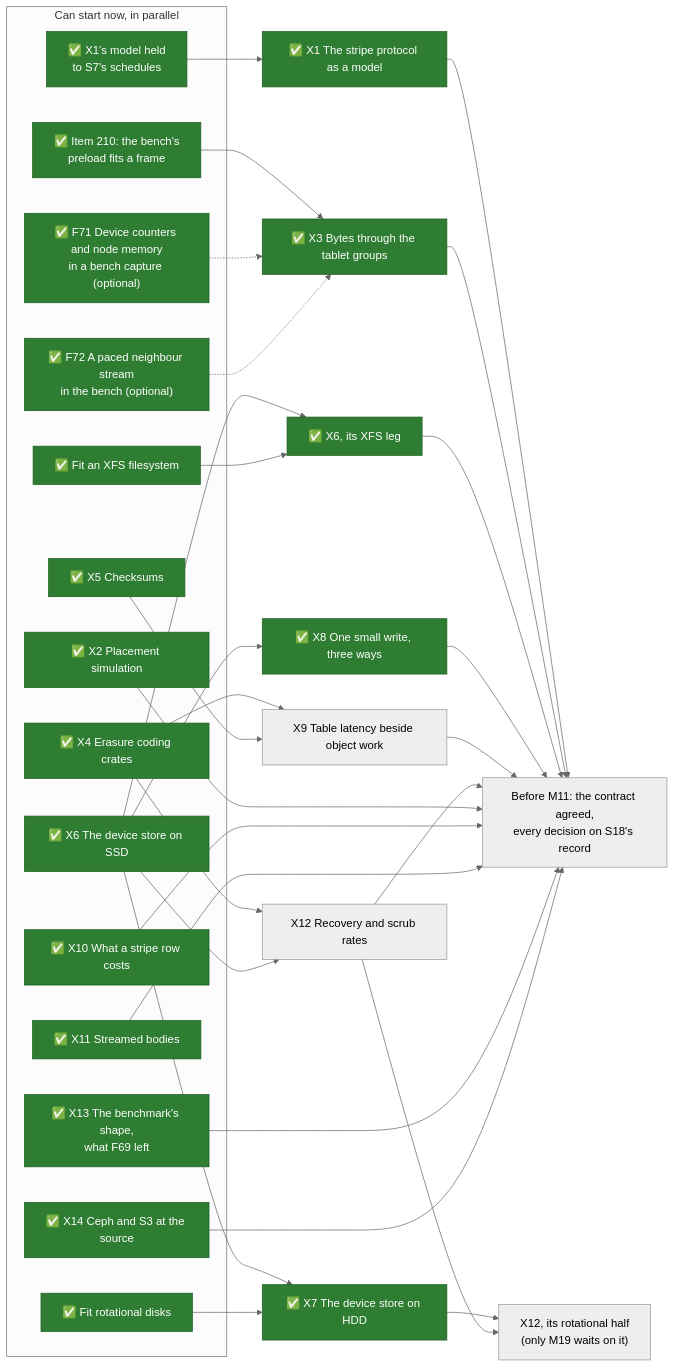
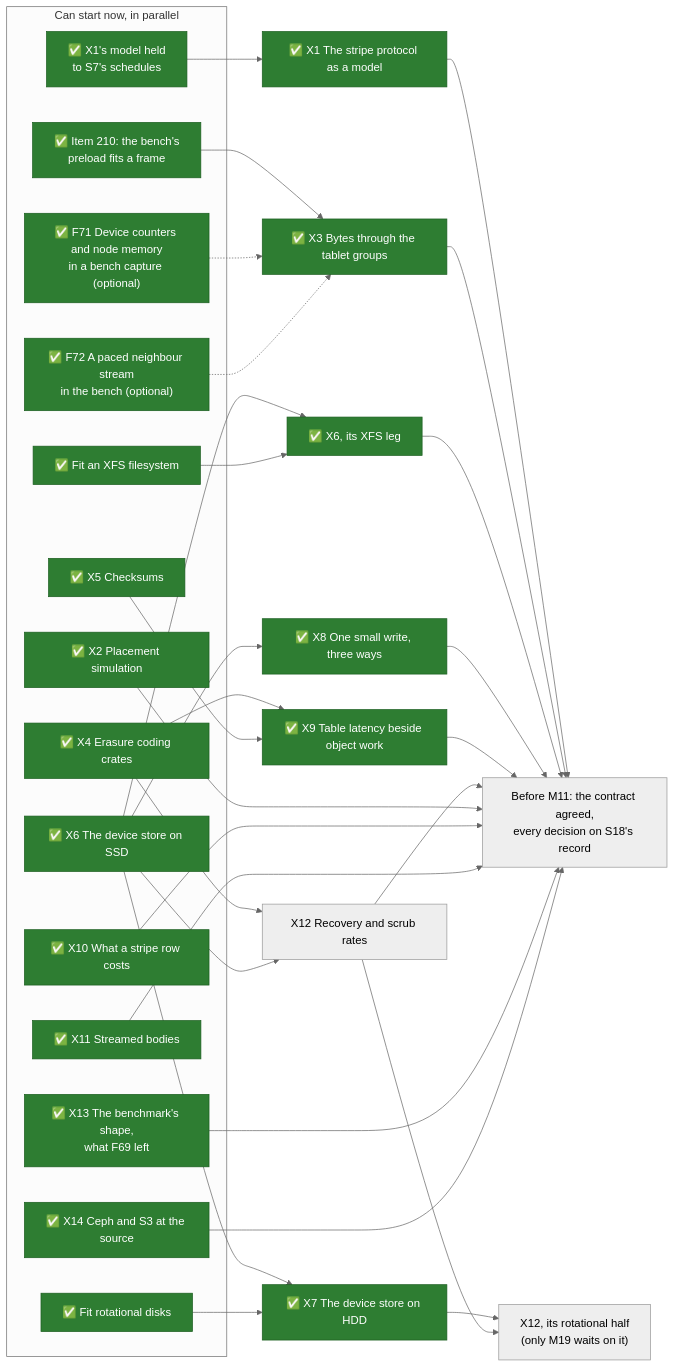
Before and after one commit to mjcarson/shoal: the first of 2 diagrams in docs/src/object-storage/whats-left-todo.md, drawn with Mermaid (neutral theme). The commit also changed other lines of this file and 674 other files, not shown here.

````diff
--- a/docs/src/object-storage/whats-left-todo.md
+++ b/docs/src/object-storage/whats-left-todo.md
@@ -34,56 +36,56 @@
 ```mermaid
 flowchart LR
     classDef done fill:#2e7d32,stroke:#1b5e20,color:#ffffff
     classDef optional stroke-dasharray: 5 5
     subgraph now["Can start now, in parallel"]
         R1["✅ X1's model held<br>to S7's schedules"]:::done
         R2["✅ Item 210: the bench's<br>preload fits a frame"]:::done
         XFS["✅ Fit an XFS filesystem"]:::done
         Disks["✅ Fit rotational disks"]:::done
         X2["✅ X2 Placement simulation"]:::done
         X4["✅ X4 Erasure coding crates"]:::done
         X5["✅ X5 Checksums"]:::done
         X6["✅ X6 The device store on SSD"]:::done
         X10["✅ X10 What a stripe row costs"]:::done
         X11["✅ X11 Streamed bodies"]:::done
         X13["✅ X13 The benchmark's shape,<br>what F69 left"]:::done
         X14["✅ X14 Ceph and S3 at the source"]:::done
         Counters["✅ F71 Device counters and node memory<br>in a bench capture (optional)"]:::done
         Neighbour["✅ F72 A paced neighbour stream<br>in the bench (optional)"]:::done
     end
     X1["✅ X1 The stripe protocol as a model"]:::done
     X3["✅ X3 Bytes through the tablet groups"]:::done
     X6x["✅ X6, its XFS leg"]:::done
     X7["✅ X7 The device store on HDD"]:::done
     X8["✅ X8 One small write, three ways"]:::done
-    X9["X9 Table latency beside object work"]
+    X9["✅ X9 Table latency beside object work"]:::done
     X12["X12 Recovery and scrub rates"]
     X12r["X12, its rotational half<br>(only M19 waits on it)"]
     Gate["Before M11: the contract agreed,<br>every decision on S18's record"]
     R1 --> X1
     R2 --> X3
     X6 --> X6x
     XFS --> X6x
     X6 --> X7
     Disks --> X7
     X6 --> X8
     X4 --> X9
     X5 --> X9
     X4 --> X12
     X6 --> X12
     X7 --> X12r
     X12 --> X12r
     Counters -.-> X3
     Neighbour -.-> X3
     X1 --> Gate
     X3 --> Gate
     X6x --> Gate
     X8 --> Gate
     X9 --> Gate
     X12 --> Gate
     X2 ---> Gate
     X10 ---> Gate
     X11 ---> Gate
     X13 ---> Gate
     X14 ---> Gate
 ```
````
